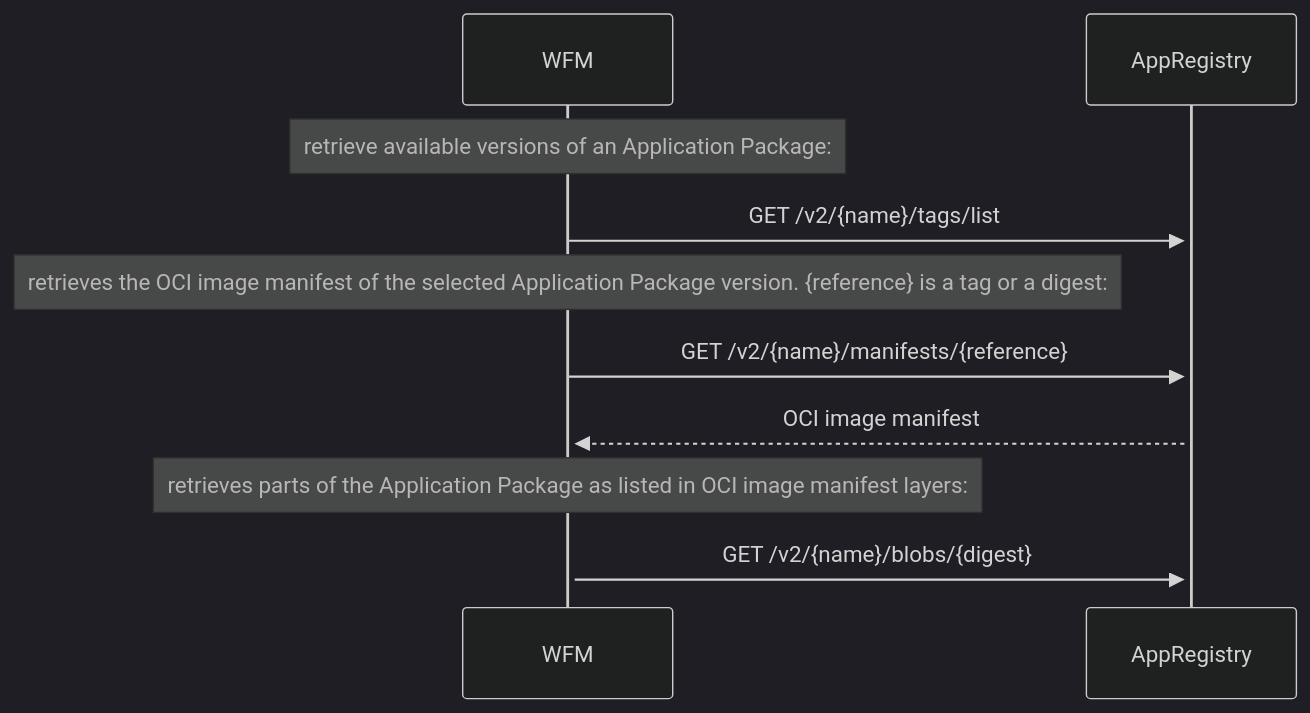
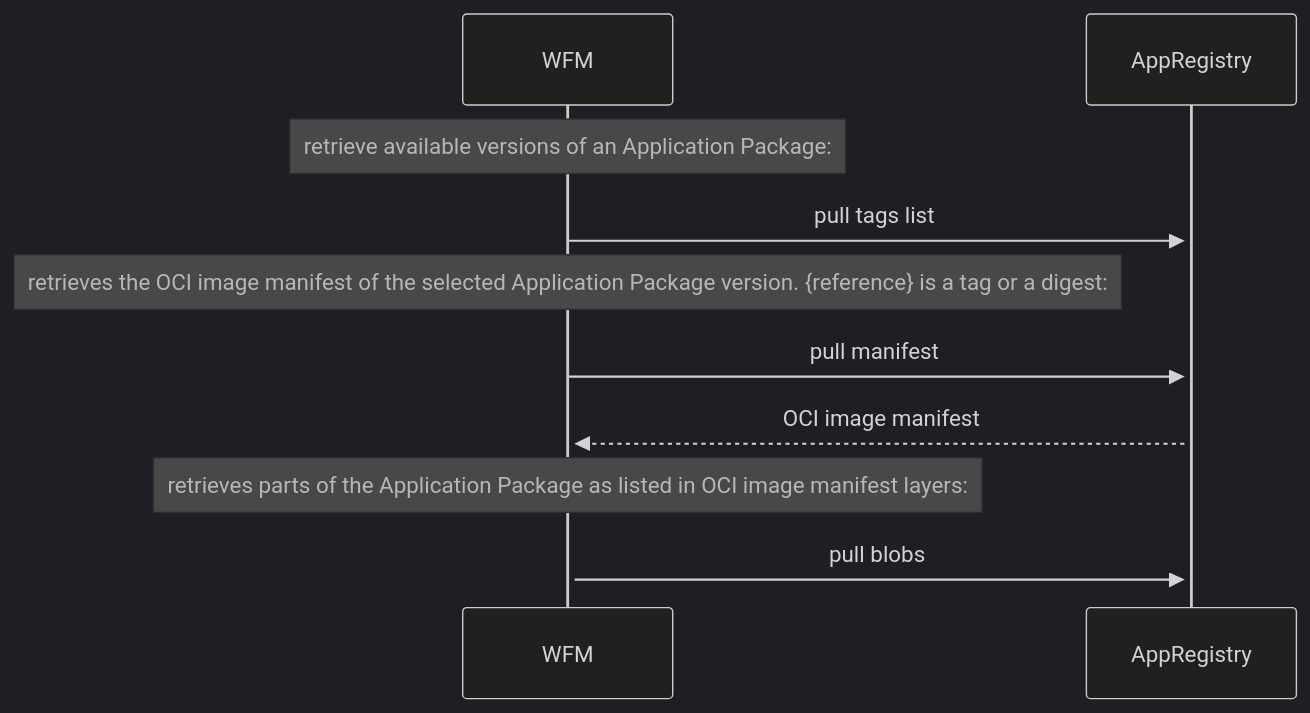
Before and after one commit to Silvanoc/margo-specification: the second of 2 diagrams in system-design/specification/applications/application-registry.md, drawn with Mermaid (dark theme). The commit also changed other lines of this file and 6 other files, not shown here.

````diff
--- a/system-design/specification/applications/application-registry.md
+++ b/system-design/specification/applications/application-registry.md
@@ -69,13 +82,12 @@
 ```mermaid
 sequenceDiagram
     Note over WFM: retrieve available versions of an Application Package:
-    WFM->>+AppRegistry: GET /v2/{name}/tags/list
+    WFM->>+AppRegistry: pull tags list
     
     Note over WFM: retrieves the OCI image manifest of the selected Application Package version. {reference} is a tag or a digest:
-    WFM->>+AppRegistry: GET /v2/{name}/manifests/{reference}
+    WFM->>+AppRegistry: pull manifest
     
     AppRegistry-->>+WFM: OCI image manifest
-
     Note over WFM: retrieves parts of the Application Package as listed in OCI image manifest layers:
-    WFM->>AppRegistry: GET /v2/{name}/blobs/{digest}
+    WFM->>AppRegistry: pull blobs
 ```
````
